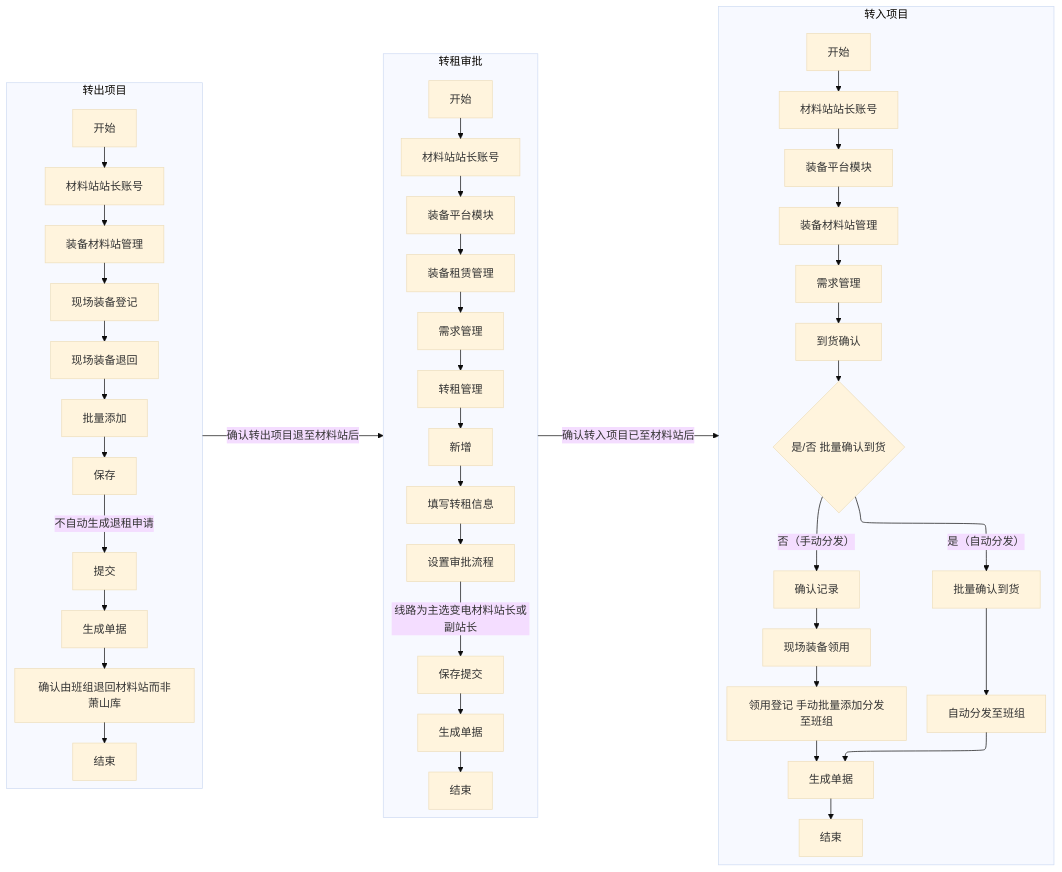
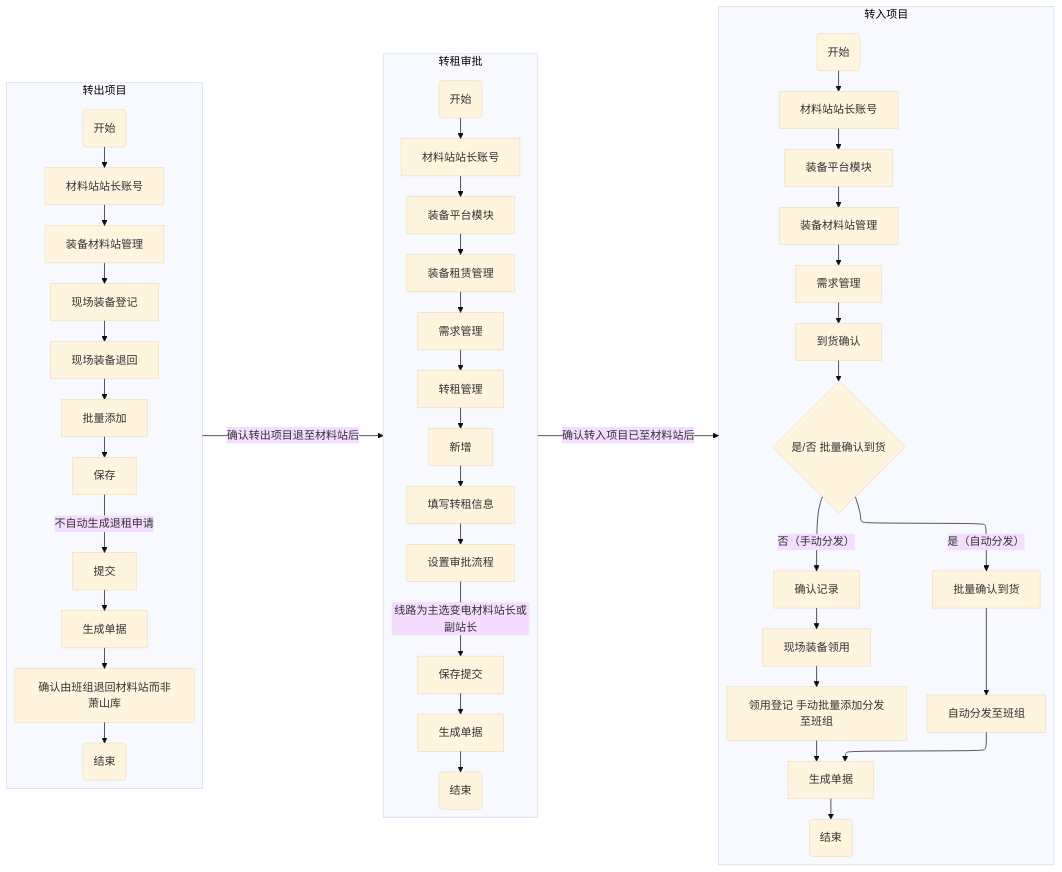
Before and after one commit to glaze-blue/zett-single-project: the sixth of 8 diagrams in asset/单项工程现场装备全流程管理流程图.md, drawn with Mermaid (base theme). The commit also changed other lines of this file, not shown here.

````diff
--- a/asset/单项工程现场装备全流程管理流程图.md
+++ b/asset/单项工程现场装备全流程管理流程图.md
@@ -151,51 +152,51 @@
 ```mermaid
 %%{init: {"flowchart": {"defaultRenderer": "elk"}}}%%
 flowchart LR
     subgraph Col1["转出项目"]
         direction TB
-        01[开始] --> A1[材料站站长账号]
+        01(开始)--> A1[材料站站长账号]
         A1 --> A2[装备材料站管理]
         A2 --> A3[现场装备登记]
         A3 --> A4[现场装备退回]
         A4 --> A5[批量添加]
         A5 --> A6[保存]
         A6 --> |不自动生成退租申请|A7[提交]
         A7 --> A8[生成单据]
         A8 --> A9[确认由班组退回材料站而非萧山库]
-        A9 --> A10[结束]
+        A9 --> A10(结束)
     end
 
     subgraph Col2["转租审批"]
         direction TB
-            02[开始] --> A[材料站站长账号] 
+            02(开始)--> A[材料站站长账号] 
             A --> B[装备平台模块]
             B --> C[装备租赁管理]
             C --> D[需求管理]
             D --> E[转租管理]
             E --> F[新增]
             F --> G[填写转租信息]
             G --> H[设置审批流程]
             H --> |线路为主选变电材料站长或副站长|I[保存提交]
             I --> J[生成单据]
-            J --> K[结束]
+            J --> K(结束)
     end
 
     subgraph Col3["转入项目"]
         direction TB
-            03[开始] --> B1[材料站站长账号]
+            03(开始)--> B1[材料站站长账号]
             B1 --> B2[装备平台模块]
             B2 --> B3[装备材料站管理]
             B3 --> B4[需求管理]
             B4 --> B5[到货确认]
             B5 --> B8{是/否 批量确认到货}
             B8 --> |是（自动分发）|B9[批量确认到货]
             B8 --> |否（手动分发）|B10[确认记录]
             B9 --> B11[自动分发至班组]
             B11 --> B12[生成单据]
             B10 --> B13[现场装备领用]
             B13 --> B14[领用登记 手动批量添加分发至班组]
             B14 --> B12
-            B12 --> B15[结束]
+            B12 --> B15(结束)
     end
     Col1 --> |确认转出项目退至材料站后|Col2 --> |确认转入项目已至材料站后|Col3
 ```
````
